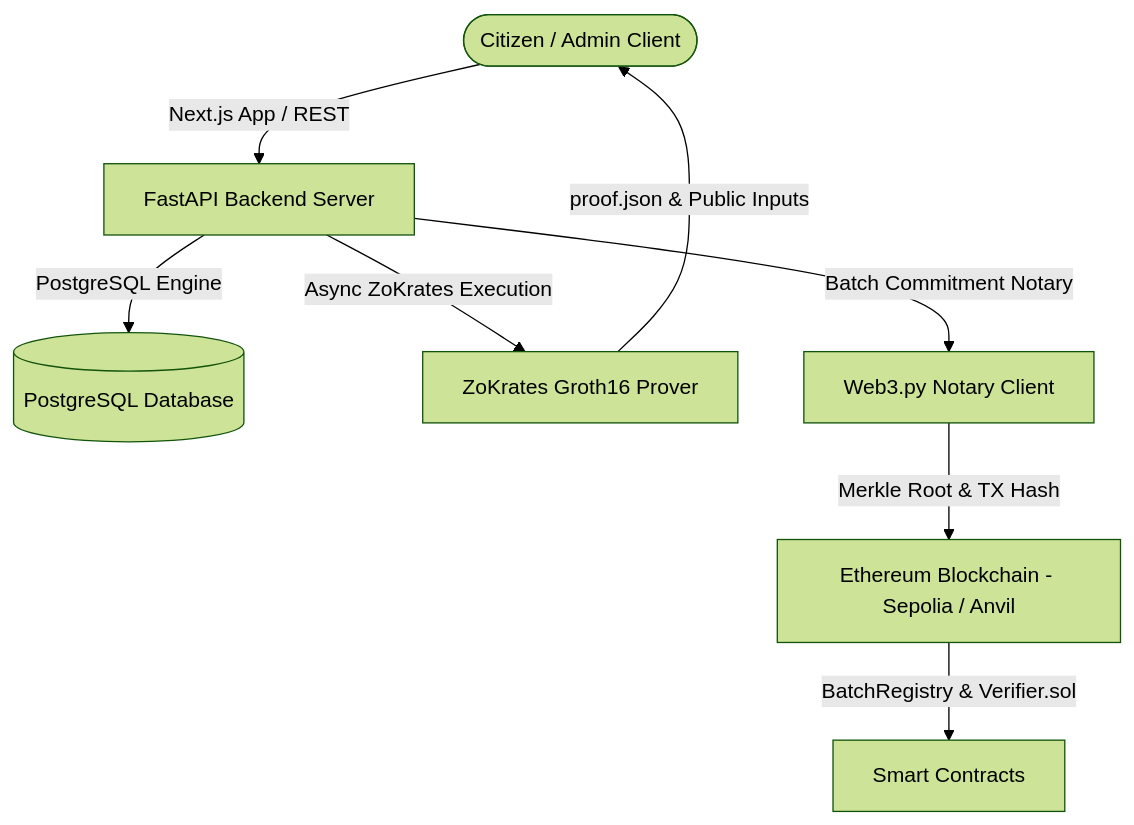
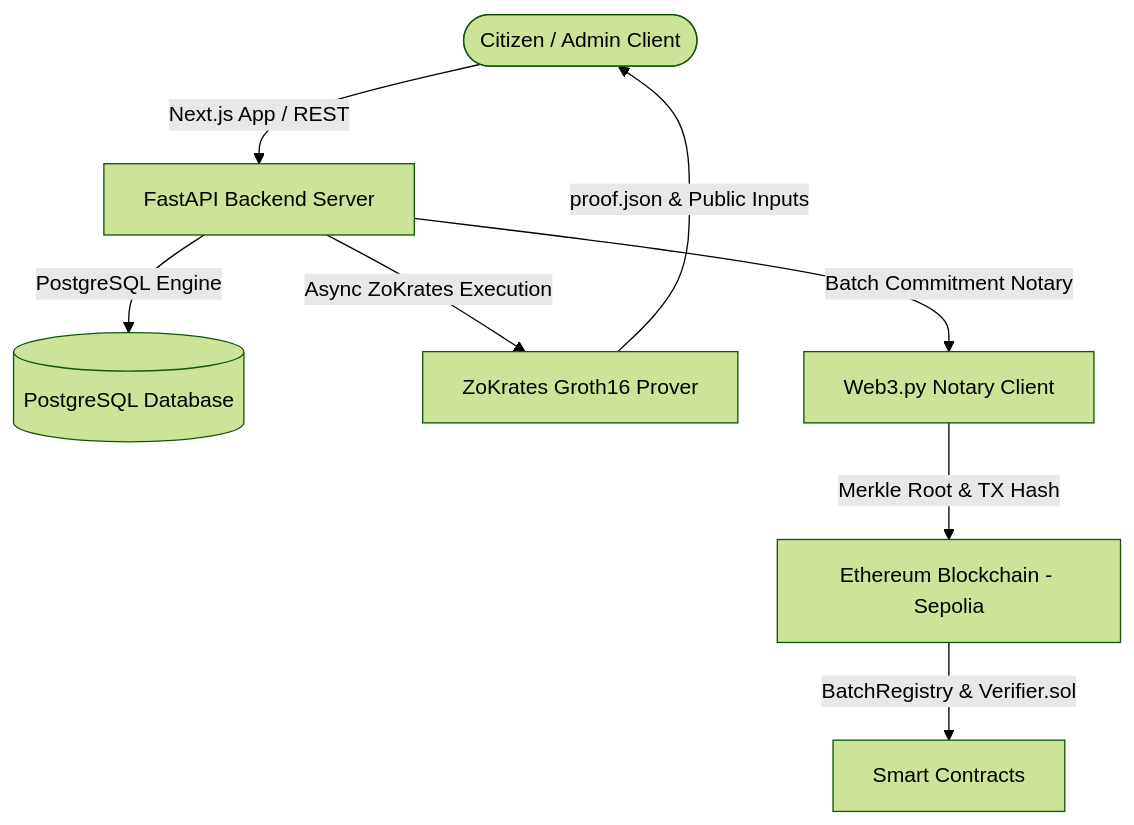
Before and after one commit to oussama1elottri/AADL_ON: the diagram in README.md, drawn with Mermaid (forest theme). The commit also changed other lines of this file and 11 other files, not shown here.

````diff
--- a/README.md
+++ b/README.md
@@ -17,10 +17,10 @@
 ```mermaid
 graph TD
     User([Citizen / Admin Client]) -->|Next.js App / REST| API[FastAPI Backend Server]
     API -->|PostgreSQL Engine| DB[(PostgreSQL Database)]
     API -->|Async ZoKrates Execution| ZK[ZoKrates Groth16 Prover]
     ZK -->|proof.json & Public Inputs| User
     API -->|Batch Commitment Notary| Web3[Web3.py Notary Client]
-    Web3 -->|Merkle Root & TX Hash| Chain[Ethereum Blockchain - Sepolia / Anvil]
+    Web3 -->|Merkle Root & TX Hash| Chain[Ethereum Blockchain - Sepolia]
     Chain -->|BatchRegistry & Verifier.sol| Contracts[Smart Contracts]
 ```
````
